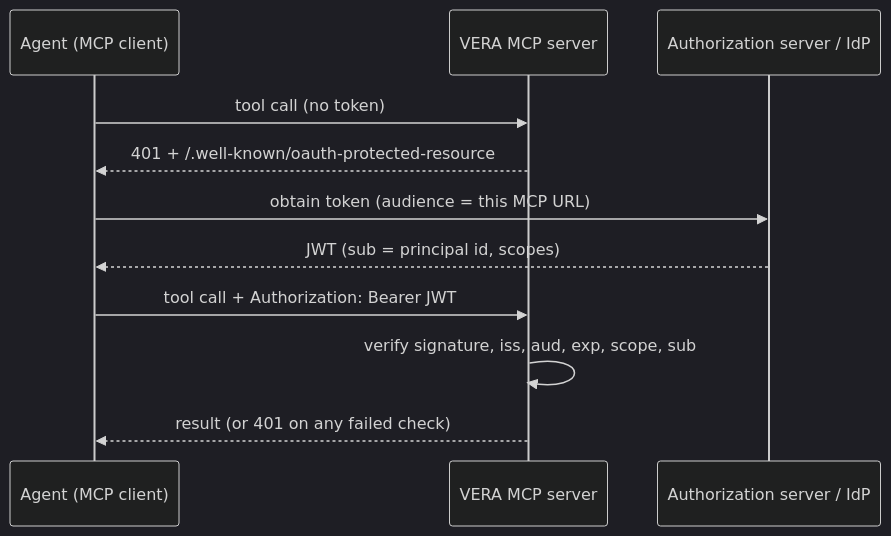
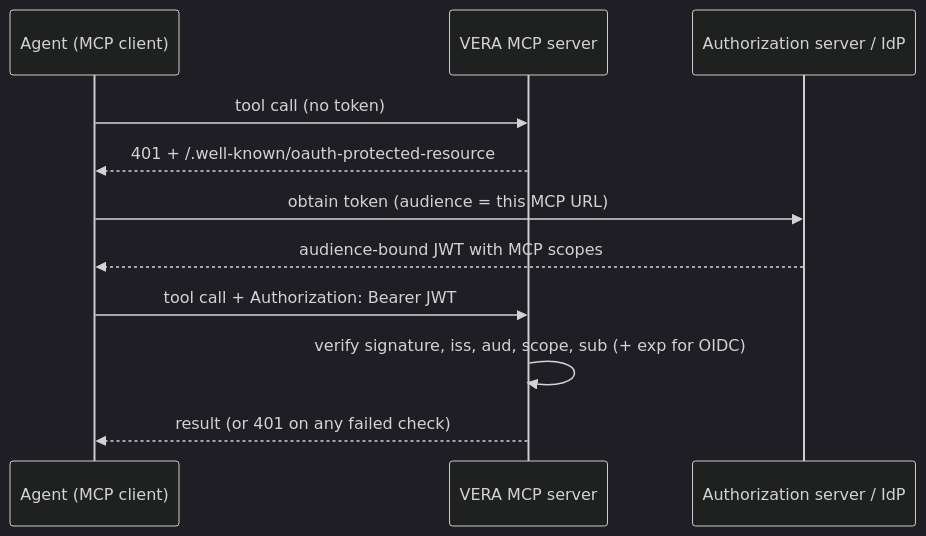
The first of 2 diagrams in docs/mcp.md (KKloudTarus/vera), drawn with Mermaid (dark theme) before and after one commit. The commit also changed other lines of this file and 41 other files, not shown here.

First line of the commit message:
MCP: add OAuth contract and self-contained JWT setup (#44)

````diff
--- a/docs/mcp.md
+++ b/docs/mcp.md
@@ -106,13 +109,13 @@
 ```mermaid
 sequenceDiagram
   participant C as Agent (MCP client)
   participant M as VERA MCP server
   participant A as Authorization server / IdP
   C->>M: tool call (no token)
   M-->>C: 401 + /.well-known/oauth-protected-resource
   C->>A: obtain token (audience = this MCP URL)
-  A-->>C: JWT (sub = principal id, scopes)
+  A-->>C: audience-bound JWT with MCP scopes
   C->>M: tool call + Authorization: Bearer JWT
-  M->>M: verify signature, iss, aud, exp, scope, sub
+  M->>M: verify signature, iss, aud, scope, sub (+ exp for OIDC)
   M-->>C: result (or 401 on any failed check)
 ```
````
